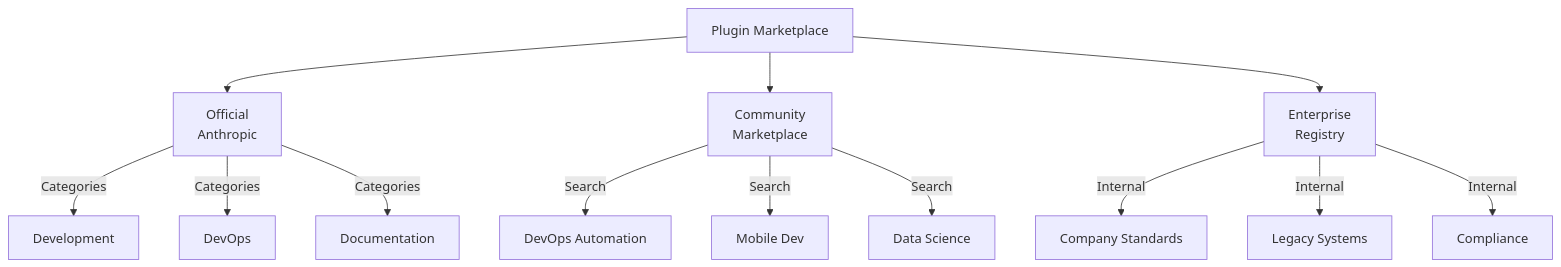
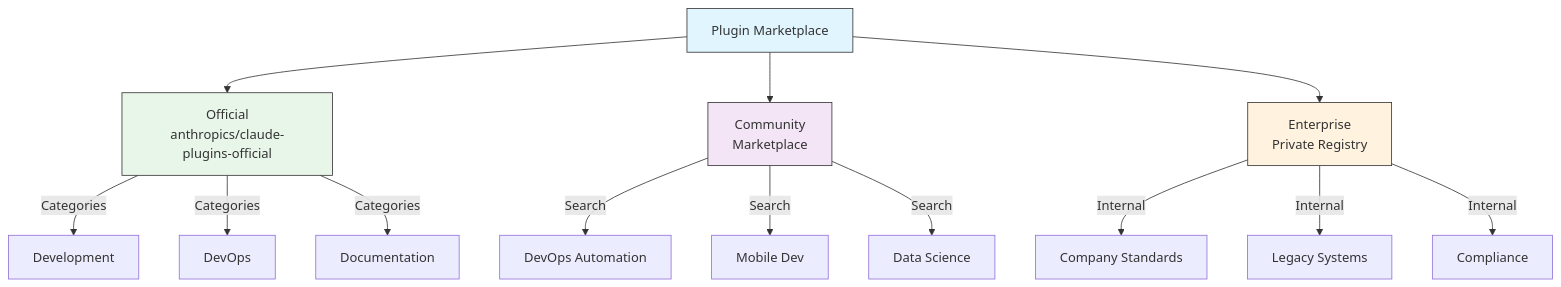
Before and after one commit to omnimasudo/croft-howto: the third of 5 diagrams in 07-plugins/README.md, drawn with Mermaid. The commit also changed other lines of this file and 25 other files, not shown here.

````diff
--- a/07-plugins/README.md
+++ b/07-plugins/README.md
@@ -270,23 +285,28 @@
 ```mermaid
 graph TB
     A["Plugin Marketplace"]
-    B["Official<br/>Anthropic"]
+    B["Official<br/>anthropics/claude-plugins-official"]
     C["Community<br/>Marketplace"]
-    D["Enterprise<br/>Registry"]
+    D["Enterprise<br/>Private Registry"]
 
     A --> B
     A --> C
     A --> D
 
     B -->|Categories| B1["Development"]
     B -->|Categories| B2["DevOps"]
     B -->|Categories| B3["Documentation"]
 
     C -->|Search| C1["DevOps Automation"]
     C -->|Search| C2["Mobile Dev"]
     C -->|Search| C3["Data Science"]
 
     D -->|Internal| D1["Company Standards"]
     D -->|Internal| D2["Legacy Systems"]
     D -->|Internal| D3["Compliance"]
+
+    style A fill:#e1f5fe,stroke:#333,color:#333
+    style B fill:#e8f5e9,stroke:#333,color:#333
+    style C fill:#f3e5f5,stroke:#333,color:#333
+    style D fill:#fff3e0,stroke:#333,color:#333
 ```
````
